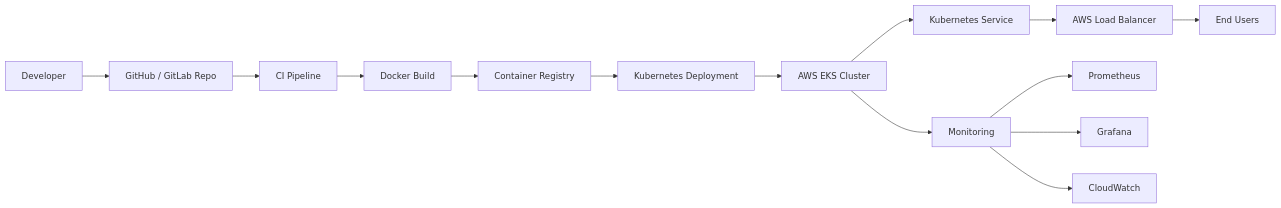
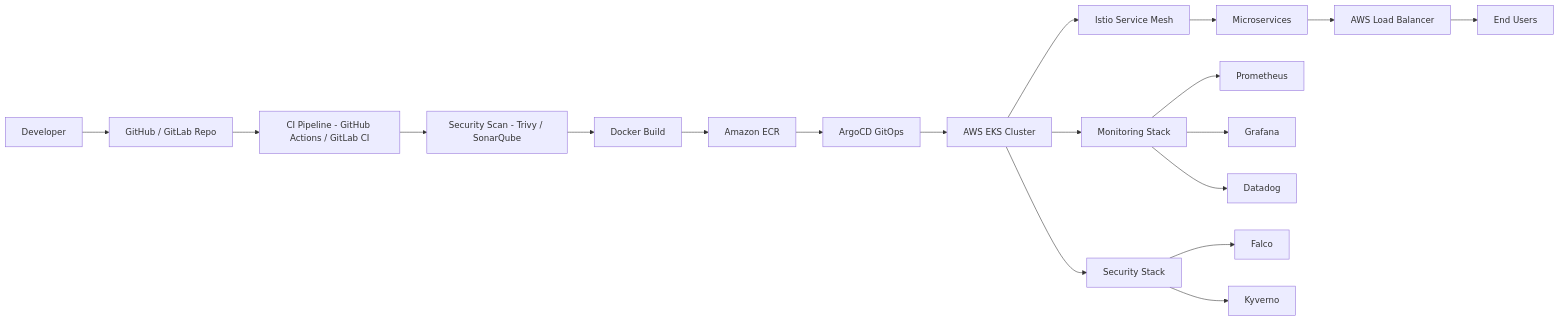
The diagram in README.md (haridevops05/haridevops05), drawn with Mermaid before and after one commit. The commit also changed other lines of this file, not shown here.

````diff
--- a/README.md
+++ b/README.md
@@ -115,23 +200,21 @@
 ```mermaid
 flowchart LR
     Dev[Developer] --> Git[GitHub / GitLab Repo]
-
-    Git --> CI[CI Pipeline]
-
-    CI --> Build[Docker Build]
-    Build --> Registry[Container Registry]
-
-    Registry --> Deploy[Kubernetes Deployment]
-
-    Deploy --> EKS[AWS EKS Cluster]
-
-    EKS --> Service[Kubernetes Service]
-    Service --> ALB[AWS Load Balancer]
-
+    Git --> CI[CI Pipeline - GitHub Actions / GitLab CI]
+    CI --> Security[Security Scan - Trivy / SonarQube]
+    Security --> Build[Docker Build]
+    Build --> Registry[Amazon ECR]
+    Registry --> ArgoCD[ArgoCD GitOps]
+    ArgoCD --> EKS[AWS EKS Cluster]
+    EKS --> Istio[Istio Service Mesh]
+    Istio --> Services[Microservices]
+    Services --> ALB[AWS Load Balancer]
     ALB --> Users[End Users]
-
-    EKS --> Monitor[Monitoring]
+    EKS --> Monitor[Monitoring Stack]
     Monitor --> Prometheus
     Monitor --> Grafana
-    Monitor --> CloudWatch
+    Monitor --> Datadog
+    EKS --> Security2[Security Stack]
+    Security2 --> Falco
+    Security2 --> Kyverno
 ```
````
